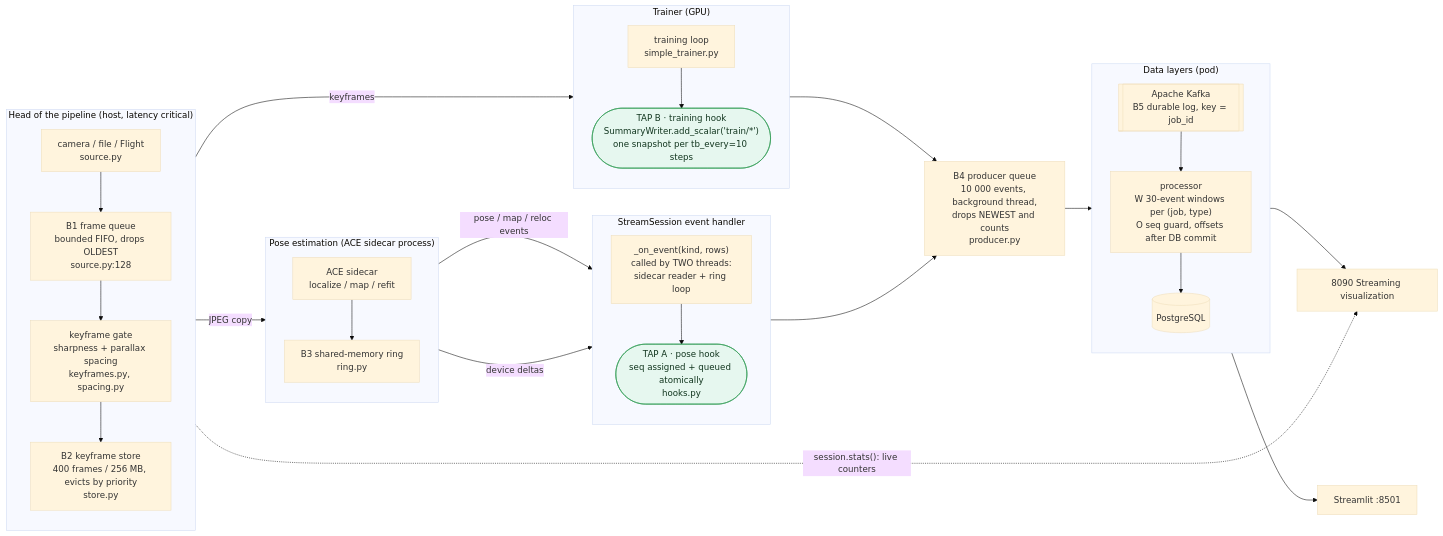
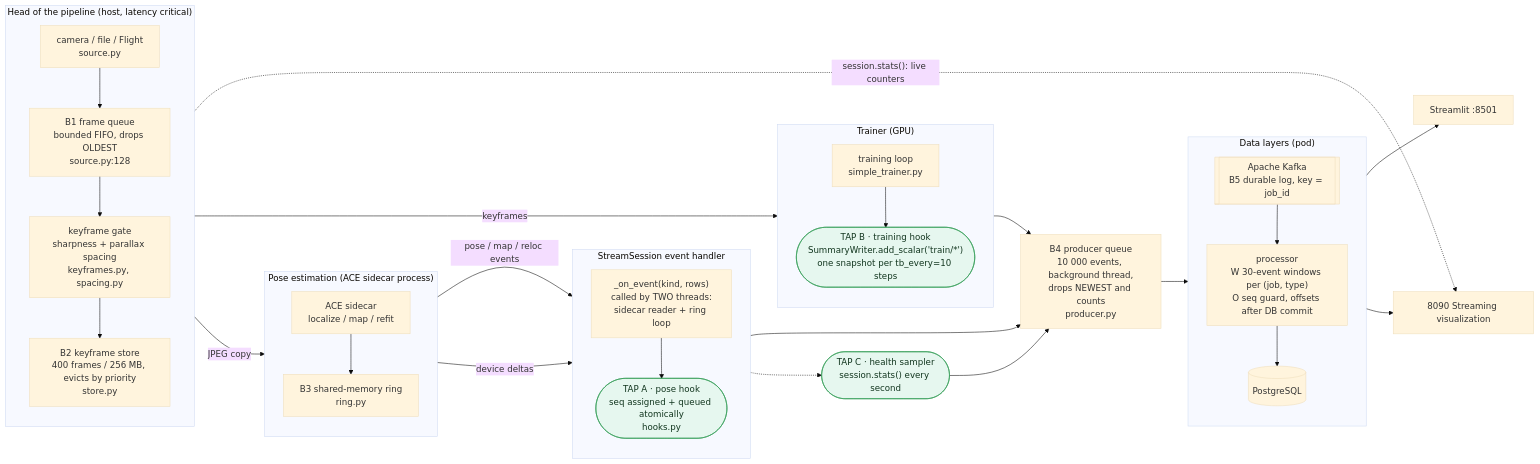
Before and after one commit to axls23/3D_world_genrator: the diagram in hypersplat/streaming/docs/pipeline-placement.md, drawn with Mermaid (base theme). The commit also changed other lines of this file and 1 other file, not shown here.

Commit message:
Docs: head-of-pipeline health tap and PSNR streaming are built

````diff
--- a/hypersplat/streaming/docs/pipeline-placement.md
+++ b/hypersplat/streaming/docs/pipeline-placement.md
@@ -9,58 +9,60 @@
 ```mermaid
 flowchart LR
     subgraph HEAD["Head of the pipeline (host, latency critical)"]
         direction TB
         SRC["camera / file / Flight<br/>source.py"]
         BQ["B1 frame queue<br/>bounded FIFO, drops OLDEST<br/>source.py:128"]
         GATE["keyframe gate<br/>sharpness + parallax spacing<br/>keyframes.py, spacing.py"]
         ST["B2 keyframe store<br/>400 frames / 256 MB, evicts by priority<br/>store.py"]
         SRC --> BQ --> GATE --> ST
     end
 
     subgraph MID["Pose estimation (ACE sidecar process)"]
         direction TB
         ACE["ACE sidecar<br/>localize / map / refit"]
         RING["B3 shared-memory ring<br/>ring.py"]
         ACE --> RING
     end
 
     subgraph SESS["StreamSession event handler"]
         direction TB
         EV["_on_event(kind, rows)<br/>called by TWO threads:<br/>sidecar reader + ring loop"]
         TAPA(["TAP A · pose hook<br/>seq assigned + queued atomically<br/>hooks.py"])
         EV --> TAPA
     end
 
     subgraph TRN["Trainer (GPU)"]
         direction TB
         LOOP["training loop<br/>simple_trainer.py"]
         TAPB(["TAP B · training hook<br/>SummaryWriter.add_scalar('train/*')<br/>one snapshot per tb_every=10 steps"])
         LOOP --> TAPB
     end
 
     ST -- "JPEG copy" --> ACE
     ST -- "keyframes" --> LOOP
     ACE -- "pose / map / reloc events" --> EV
     RING -- "device deltas" --> EV
 
     SND["B4 producer queue<br/>10 000 events, background thread,<br/>drops NEWEST and counts<br/>producer.py"]
     TAPA --> SND
     TAPB --> SND
+    TAPC(["TAP C · health sampler<br/>session.stats() every second"]) --> SND
+    EV -.-> TAPC
 
     subgraph DATA["Data layers (pod)"]
         direction TB
         K[["Apache Kafka<br/>B5 durable log, key = job_id"]]
         PR["processor<br/>W 30-event windows per (job, type)<br/>O seq guard, offsets after DB commit"]
         PG[("PostgreSQL")]
         K --> PR --> PG
     end
     SND --> K
 
     PG --> D1["Streamlit :8501"]
     PG --> D2["8090 Streaming visualization"]
     ST -. "session.stats(): live counters" .-> D2
 
     classDef tap fill:#e6f7ef,stroke:#2f9a52,color:#12361f;
     classDef gap fill:#fff3e0,stroke:#e0a84a,color:#5a3b00,stroke-dasharray: 4 3;
-    class TAPA,TAPB tap;
+    class TAPA,TAPB,TAPC tap;
 ```
````
